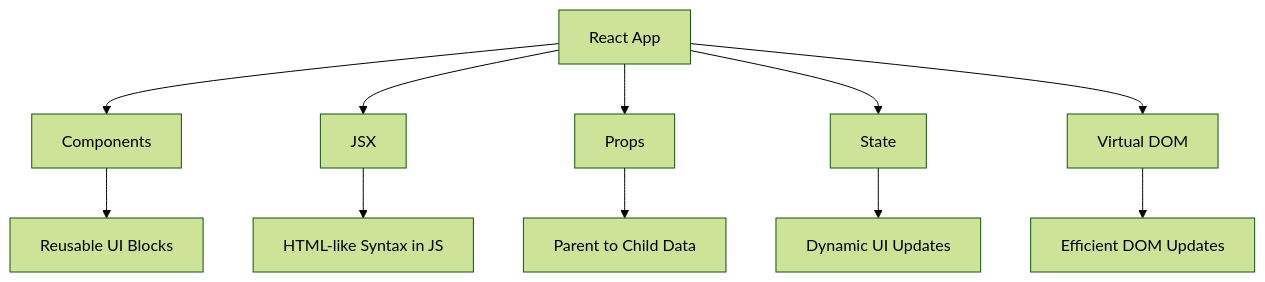
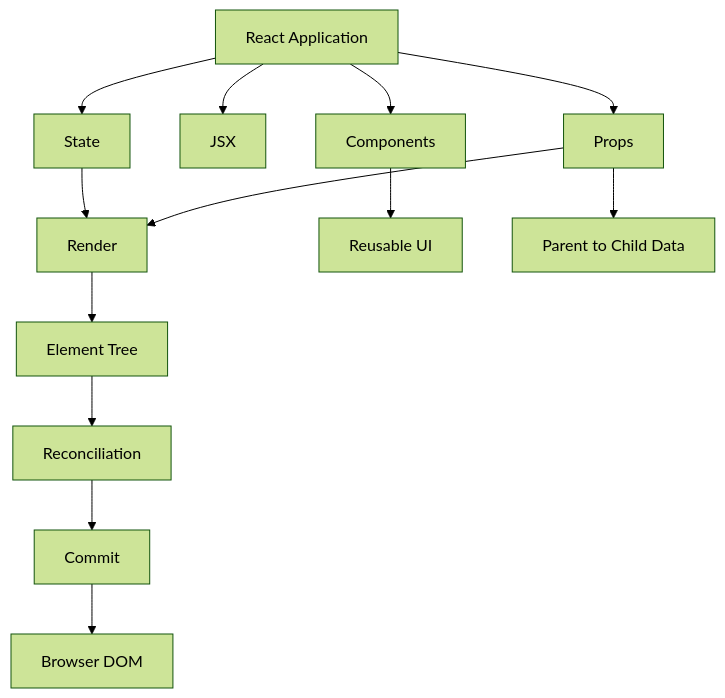
One commit to kaushalkumar8459/CodingTerminal-Tutorial-Notes changed the diagram in tutorial-platform/public/tutorials/react/day-001-introduction-to-react.md. Above: the diagram before and after it, drawn with Mermaid (forest theme). The commit also changed other lines of this file, not shown here.

Commit message:
Improve Day 1 React tutorial to production-quality 9.8/10

````diff
--- a/tutorial-platform/public/tutorials/react/day-001-introduction-to-react.md
+++ b/tutorial-platform/public/tutorials/react/day-001-introduction-to-react.md
@@ -438,14 +475,15 @@
 ```mermaid
 flowchart TD
-  A[React App] --> B[Components]
+  A[React Application] --> B[Components]
   A --> C[JSX]
   A --> D[Props]
   A --> E[State]
-  A --> J[Virtual DOM]
-
-  B --> F[Reusable UI Blocks]
-  C --> G[HTML-like Syntax in JS]
-  D --> H[Parent to Child Data]
-  E --> I[Dynamic UI Updates]
-  J --> K[Efficient DOM Updates]
+  E --> F[Render]
+  D --> F
+  F --> G[Element Tree]
+  G --> H[Reconciliation]
+  H --> I[Commit]
+  I --> J[Browser DOM]
+  B --> K[Reusable UI]
+  D --> L[Parent to Child Data]
 ```
````
